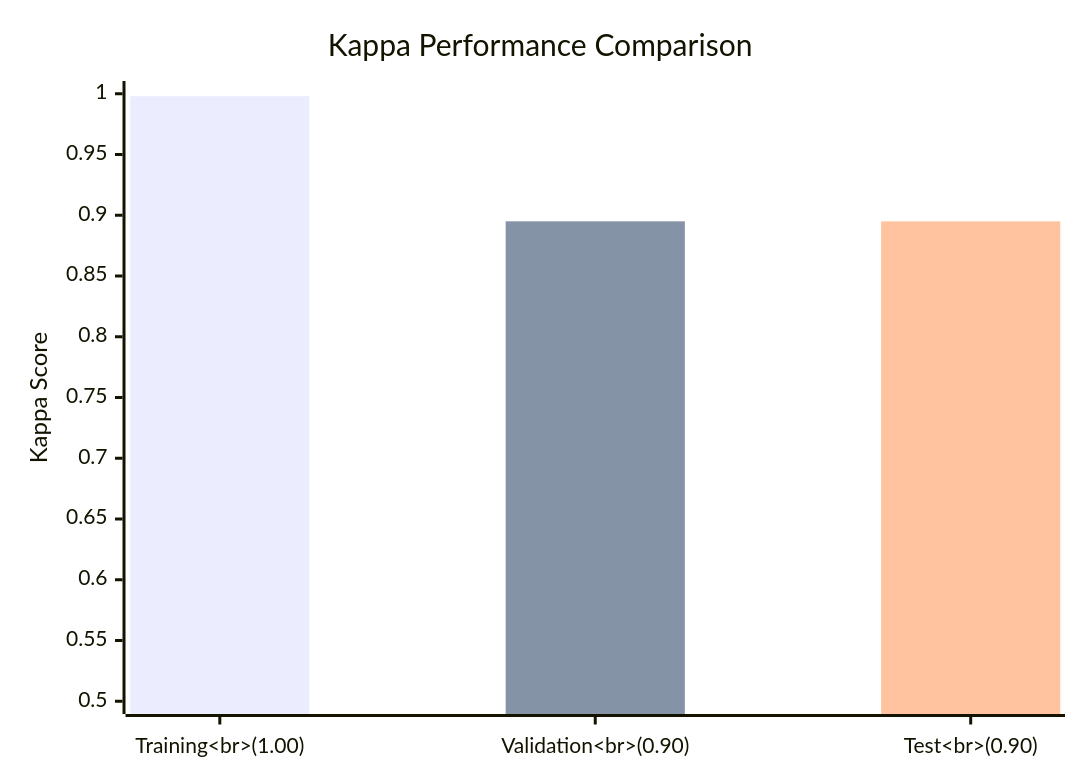
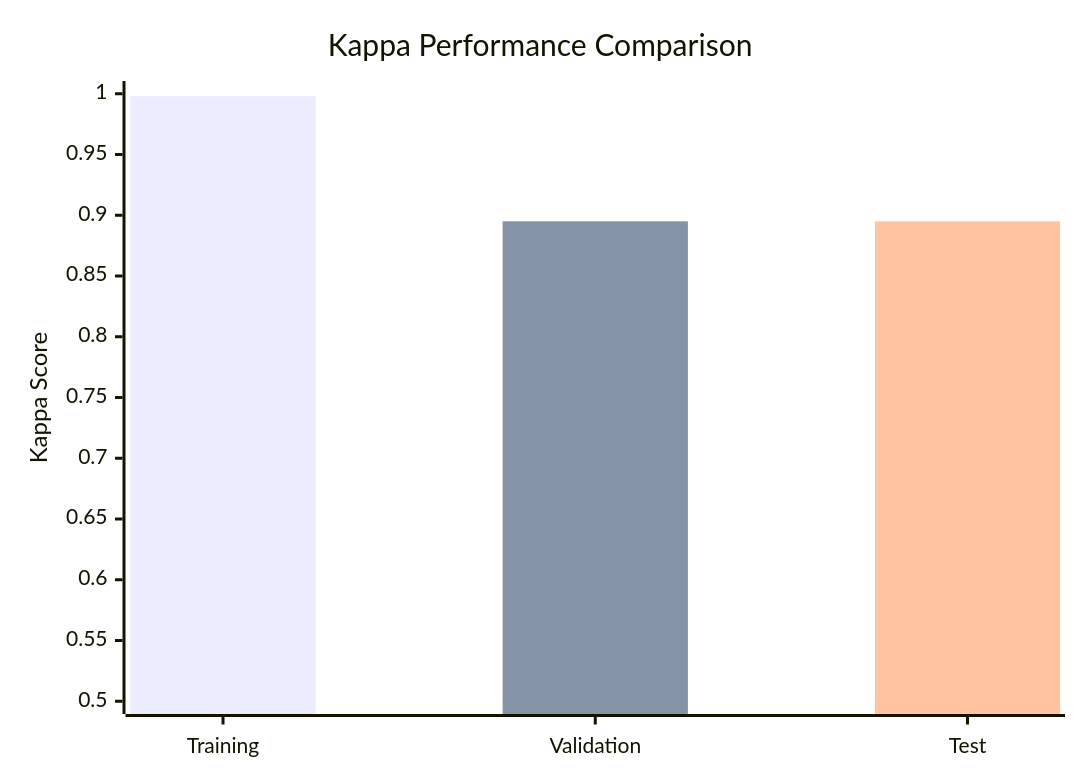
Before and after one commit to Daniel-Lachner-Piza/EEG_Characterizer_HFO: the second of 5 diagrams in README.md, drawn with Mermaid. The commit also changed other lines of this file, not shown here.

````diff
--- a/README.md
+++ b/README.md
@@ -53,9 +53,9 @@
 ```mermaid
 xychart-beta
     title "Kappa Performance Comparison"
-    x-axis ["Training<br>(1.00)", "Validation<br>(0.90)", "Test<br>(0.90)"]
+    x-axis [Training, Validation, Test]
     y-axis "Kappa Score" 0.5 --> 1.0
-    bar "Training (1.00)" [0.998, 0, 0]
-    bar "Validation (0.90)" [0, 0.895, 0]
-    bar "Test (0.90)" [0, 0, 0.895]
+    bar "Training<br>(1.00)" [0.998, 0, 0]
+    bar "Validation<br>(0.90)" [0, 0.895, 0]
+    bar "Test<br>(0.90)" [0, 0, 0.895]
 ```
````
